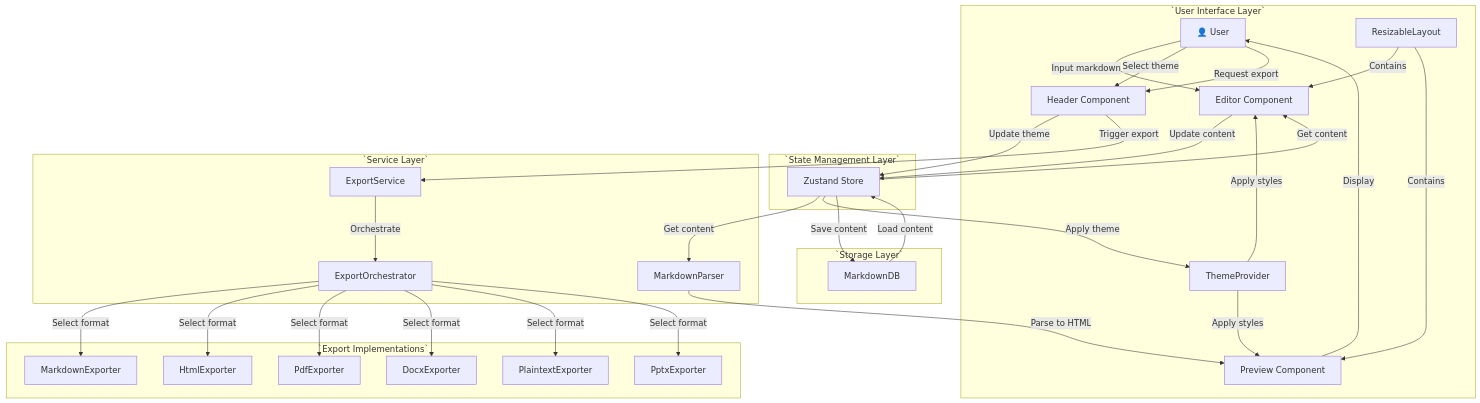
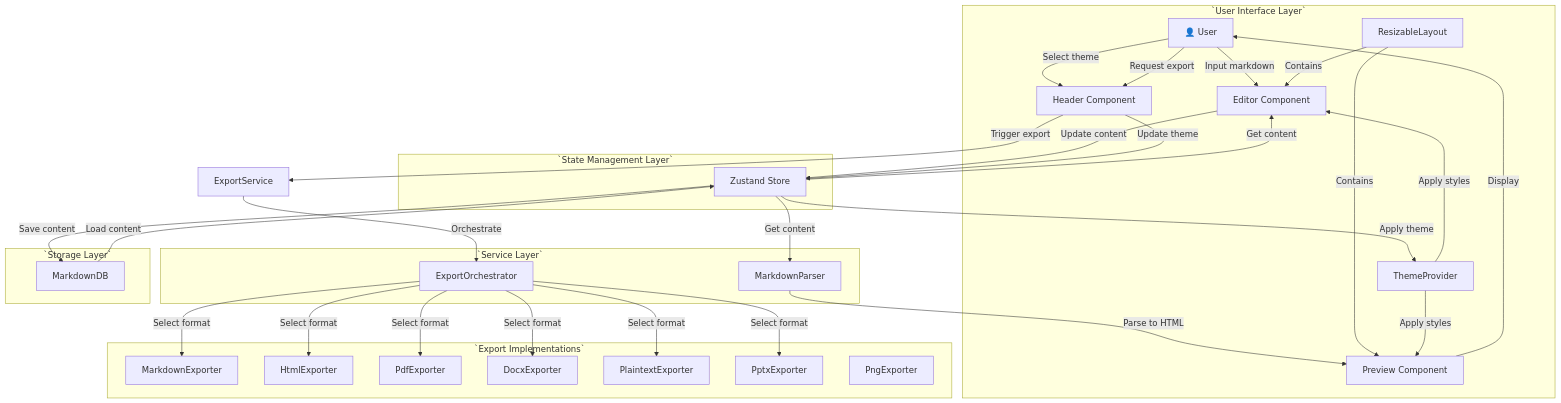
Before and after one commit to Chozharajan2001/OfflineMd: the first of 4 diagrams in docs/REPO_WIKI.md, drawn with Mermaid. The commit also changed other lines of this file and 12 other files, not shown here.

````diff
--- a/docs/REPO_WIKI.md
+++ b/docs/REPO_WIKI.md
@@ -147,68 +146,68 @@
 ```mermaid
 flowchart TD
     subgraph UI_Layer[`User Interface Layer`]
         User["👤 User"]
         Editor[Editor Component]
         Preview[Preview Component]
         ResizableLayout[ResizableLayout]
         Header[Header Component]
         ThemeProvider[ThemeProvider]
     end
 
     subgraph State_Layer[`State Management Layer`]
         Store[Zustand Store]
     end
 
     subgraph Service_Layer[`Service Layer`]
         MarkdownParser[MarkdownParser]
-        ExportService[ExportService]
         ExportOrchestrator[ExportOrchestrator]
     end
 
     subgraph Export_Layer[`Export Implementations`]
         MarkdownExporter[MarkdownExporter]
         HtmlExporter[HtmlExporter]
         PdfExporter[PdfExporter]
         DocxExporter[DocxExporter]
         PlaintextExporter[PlaintextExporter]
         PptxExporter[PptxExporter]
+        PngExporter[PngExporter]
     end
 
     subgraph Storage_Layer[`Storage Layer`]
         Database[MarkdownDB]
     end
 
     %% Main Flow: Editor and Preview
     User -->|Input markdown| Editor
     Editor -->|Update content| Store
     Store -->|Get content| MarkdownParser
     MarkdownParser -->|Parse to HTML| Preview
     Preview -->|Display| User
 
     %% Layout Management
     ResizableLayout -->|Contains| Editor
     ResizableLayout -->|Contains| Preview
 
     %% Theme Flow
     User -->|Select theme| Header
     Header -->|Update theme| Store
     Store -->|Apply theme| ThemeProvider
     ThemeProvider -->|Apply styles| Editor
     ThemeProvider -->|Apply styles| Preview
 
     %% Export Flow
     User -->|Request export| Header
     Header -->|Trigger export| ExportService
     ExportService -->|Orchestrate| ExportOrchestrator
     ExportOrchestrator -->|Select format| MarkdownExporter
     ExportOrchestrator -->|Select format| HtmlExporter
     ExportOrchestrator -->|Select format| PdfExporter
     ExportOrchestrator -->|Select format| DocxExporter
     ExportOrchestrator -->|Select format| PlaintextExporter
     ExportOrchestrator -->|Select format| PptxExporter
 
     %% Storage Flow
     Store -->|Save content| Database
     Database -->|Load content| Store
     Store -->|Get content| Editor
 ```
````
